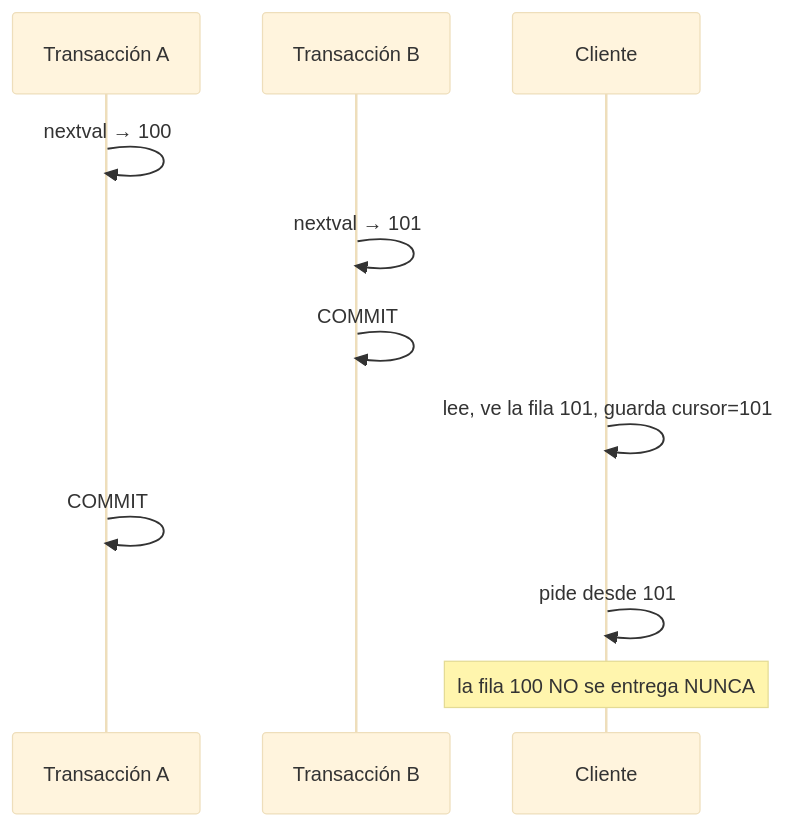
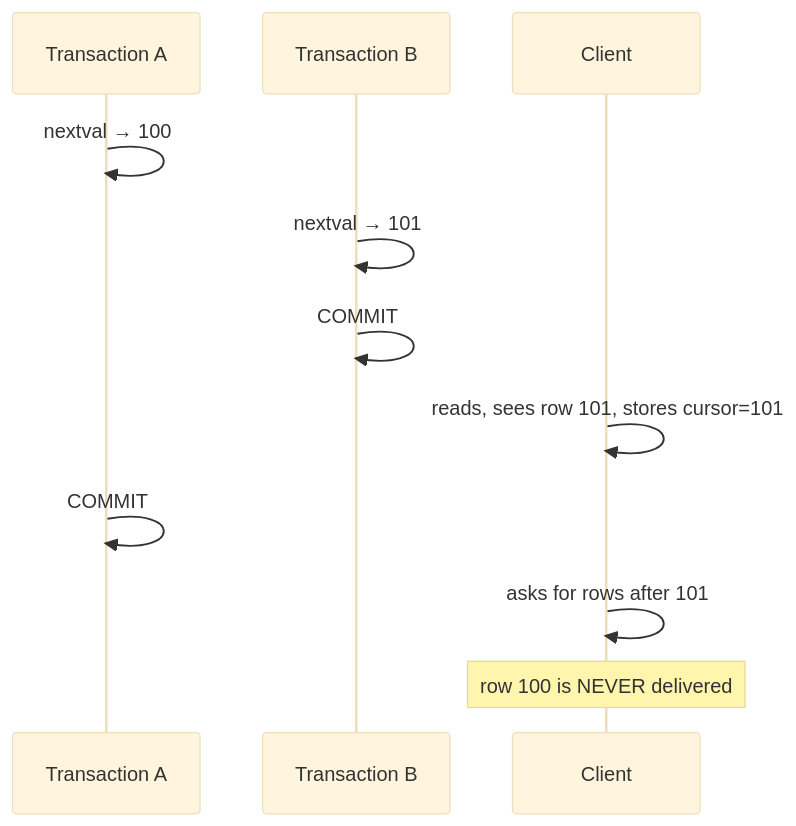
Before and after one commit to Bryandrm/Store-system: the fifth of 6 diagrams in docs/ARCHITECTURE.md, drawn with Mermaid (base theme). The commit also changed other lines of this file and 1 other file, not shown here.

First line of the commit message:
docs: architecture diagrams and implementation status

````diff
--- a/docs/ARCHITECTURE.md
+++ b/docs/ARCHITECTURE.md
@@ -215,14 +214,14 @@
 ```mermaid
 sequenceDiagram
-    participant A as Transacción A
-    participant B as Transacción B
-    participant C as Cliente
+    participant A as Transaction A
+    participant B as Transaction B
+    participant C as Client
 
     A->>A: nextval → 100
     B->>B: nextval → 101
     B->>B: COMMIT
-    C->>C: lee, ve la fila 101, guarda cursor=101
+    C->>C: reads, sees row 101, stores cursor=101
     A->>A: COMMIT
-    C->>C: pide desde 101
-    Note over C: la fila 100 NO se entrega NUNCA
+    C->>C: asks for rows after 101
+    Note over C: row 100 is NEVER delivered
 ```
````
